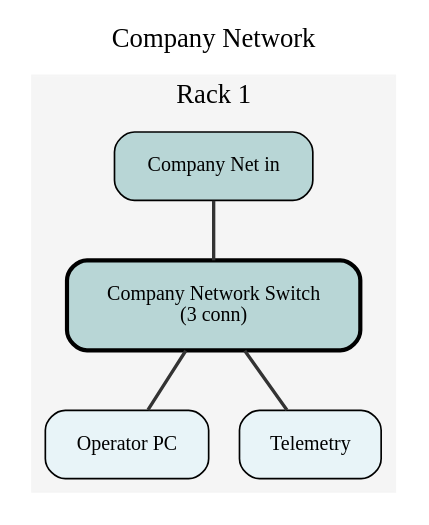
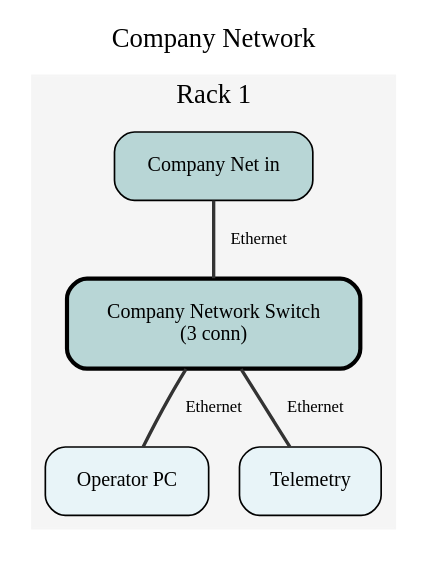
One commit to BenjiPestell/rack-diagram-demo changed the diagram in output/company_network.dot. Above: the diagram before and after it, drawn with Graphviz. The commit also changed 9 other files, not shown here.

```diff
--- a/output/company_network.dot
+++ b/output/company_network.dot
@@ -1,65 +1,65 @@
 graph "Company Network" {
 
   graph [
     bgcolor="white",
     label="Company Network",
     labelloc=t,
     fontsize=16,
     fontname="Sinkin Sans 400 Regular",
     overlap=false,
     sep=0.5
   ];
 
   node [
     shape=box,
     style="rounded,filled",
     fontsize=12,
     fontname="Sinkin Sans 400 Regular",
     margin=0.2
   ];
 
   edge [
     color="#333333",
     style=solid,
     penwidth=2.0
   ];
 
   // Devices grouped by rack and external groups
 
   subgraph cluster_rack1 {
     label="Rack 1";
     style=filled;
     color="#F5F5F5";
     fontname="Sinkin Sans 400 Regular";
 
     "Company_Network_Switch" [
       label="Company Network Switch\n(3 conn)",
       fillcolor="#B8D6D6",
       penwidth=2.5
     ];
     "Company_Net_in" [
       label="Company Net in",
       fillcolor="#B8D6D6"
     ];
     "Operator_PC" [
       label="Operator PC",
       fillcolor="#E8F4F8"
     ];
     "Telemetry" [
       label="Telemetry",
       fillcolor="#E8F4F8"
     ];
   }
 
   // Connections
   Company_Network_Switch -- Operator_PC [
-    color="#333333", style=solid, penwidth=2.0
+    color="#333333", style=solid, penwidth=2.0, label="   Ethernet", fontsize=10, fontname="Sinkin Sans 400 Regular"
   ];
   Company_Network_Switch -- Telemetry [
-    color="#333333", style=solid, penwidth=2.0
+    color="#333333", style=solid, penwidth=2.0, label="   Ethernet", fontsize=10, fontname="Sinkin Sans 400 Regular"
   ];
   Company_Net_in -- Company_Network_Switch [
-    color="#333333", style=solid, penwidth=2.0
+    color="#333333", style=solid, penwidth=2.0, label="   Ethernet", fontsize=10, fontname="Sinkin Sans 400 Regular"
   ];
 
 }
```
